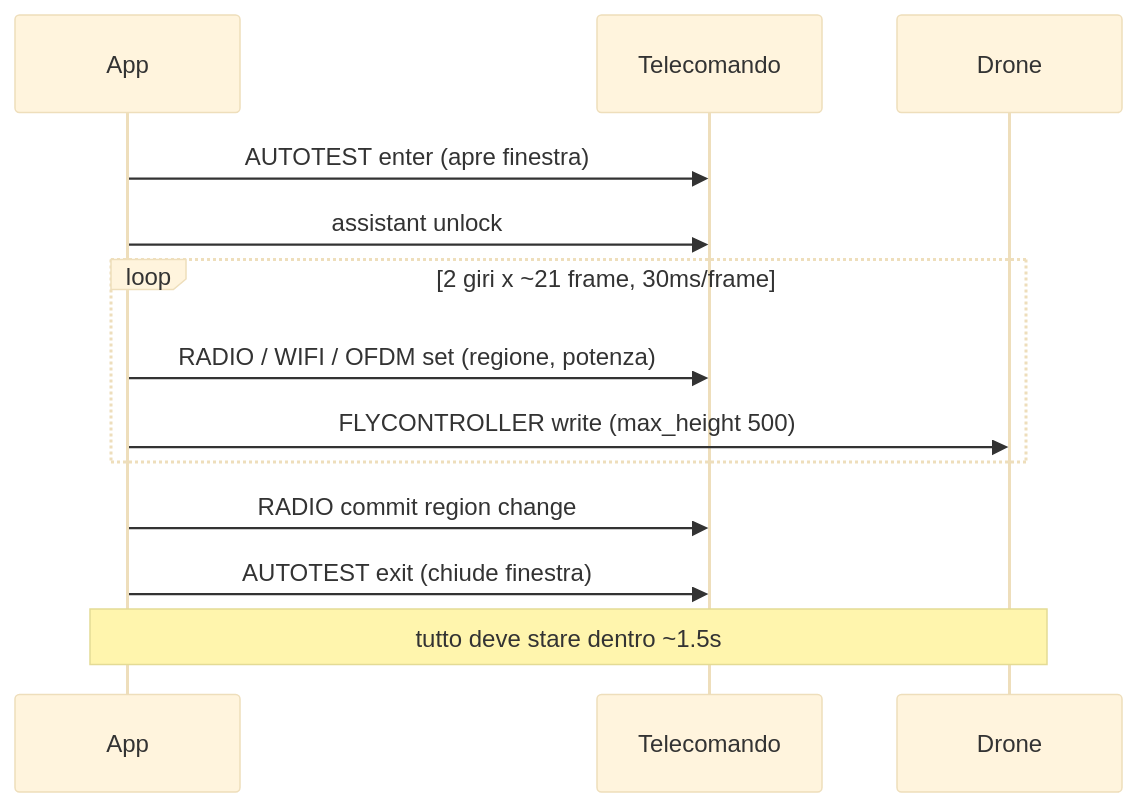
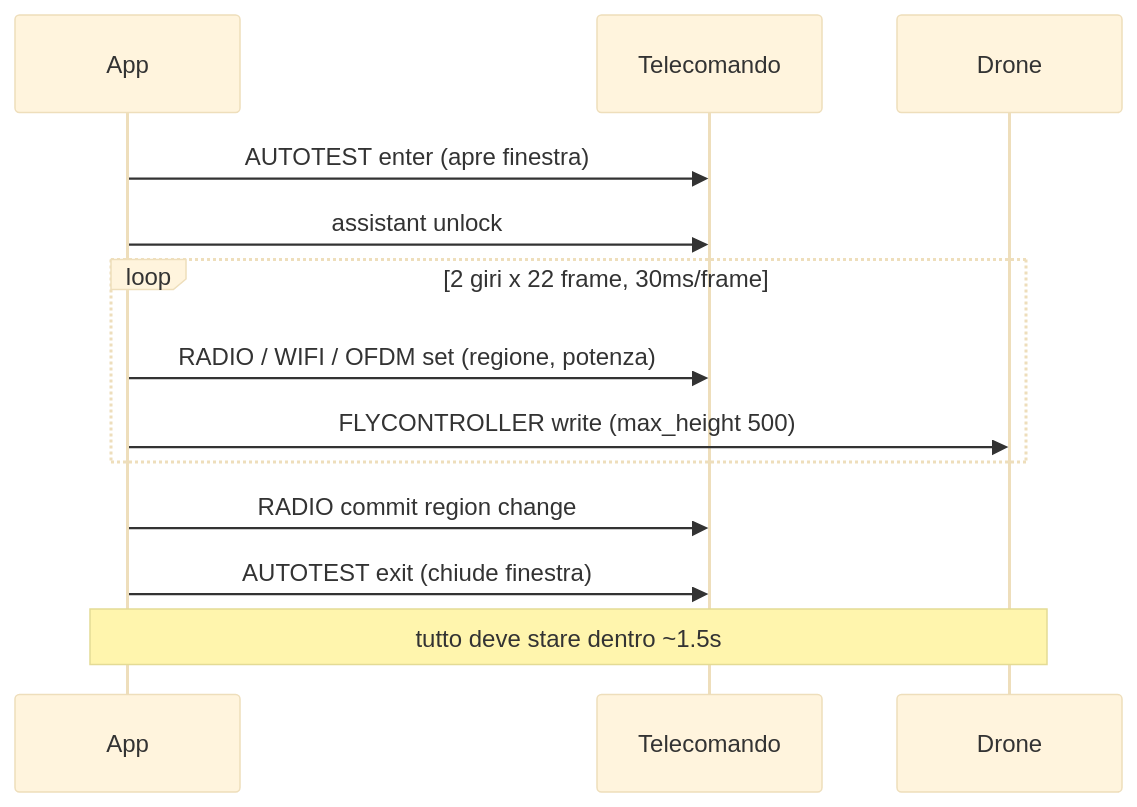
Before and after one commit to andreapianidev/DJI-FCC-Unlock-iOS: the third of 3 diagrams in docs/DOCUMENTAZIONE-TECNICA.md, drawn with Mermaid (base theme). The commit also changed other lines of this file and 9 other files, not shown here.

````diff
--- a/docs/DOCUMENTAZIONE-TECNICA.md
+++ b/docs/DOCUMENTAZIONE-TECNICA.md
@@ -487,15 +488,15 @@
 ```mermaid
 sequenceDiagram
     participant App
     participant RC as Telecomando
     participant Drone
     App->>RC: AUTOTEST enter (apre finestra)
     App->>RC: assistant unlock
-    loop 2 giri x ~21 frame, 30ms/frame
+    loop 2 giri x 22 frame, 30ms/frame
         App->>RC: RADIO / WIFI / OFDM set (regione, potenza)
         App->>Drone: FLYCONTROLLER write (max_height 500)
     end
     App->>RC: RADIO commit region change
     App->>RC: AUTOTEST exit (chiude finestra)
     Note over App,Drone: tutto deve stare dentro ~1.5s
 ```
````
